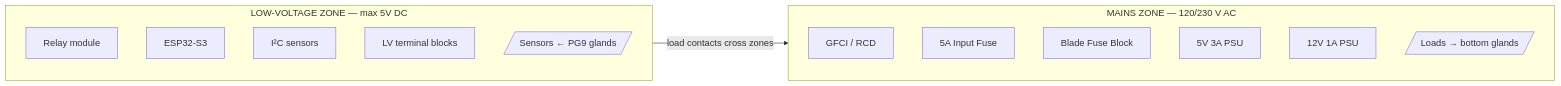
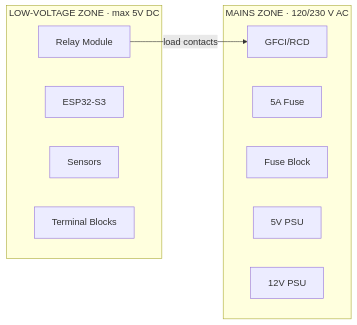
Before and after one commit to aes87/automated-martha-tek: the first of 2 diagrams in controller-build-guide/chapters/02-enclosure-prep.md, drawn with Mermaid.

Commit message:
ch02: simplify enclosure diagram to fix overlap
direction TB inside graph LR subgraphs causes layout chaos in GitHub's
Mermaid renderer. Drop it entirely. Also strip node labels to single
unquoted words — no multiline text, no special chars — so nothing
overflows its box.

````diff
--- a/controller-build-guide/chapters/02-enclosure-prep.md
+++ b/controller-build-guide/chapters/02-enclosure-prep.md
@@ -23,21 +23,17 @@
 ```mermaid
 graph LR
-  subgraph MAINS["MAINS ZONE — 120/230 V AC"]
-    direction TB
-    G["GFCI / RCD"]
-    FH["5A Input Fuse"]
-    FB["Blade Fuse Block"]
-    P5["5V 3A PSU"]
-    P12["12V 1A PSU"]
-    LO[/"Loads → bottom glands"/]
+  subgraph MAINS["MAINS ZONE · 120/230 V AC"]
+    G[GFCI/RCD]
+    FH[5A Fuse]
+    FB[Fuse Block]
+    P5[5V PSU]
+    P12[12V PSU]
   end
-  subgraph LV["LOW-VOLTAGE ZONE — max 5V DC"]
-    direction TB
-    RL["Relay module"]
-    ESP["ESP32-S3"]
-    SEN["I²C sensors"]
-    TB["LV terminal blocks"]
-    SI[/"Sensors ← PG9 glands"/]
+  subgraph LV["LOW-VOLTAGE ZONE · max 5V DC"]
+    RL[Relay Module]
+    ESP[ESP32-S3]
+    SEN[Sensors]
+    TB[Terminal Blocks]
   end
-  RL -- "load contacts cross zones" --> G
+  RL -->|"load contacts"| G
 ```
````
